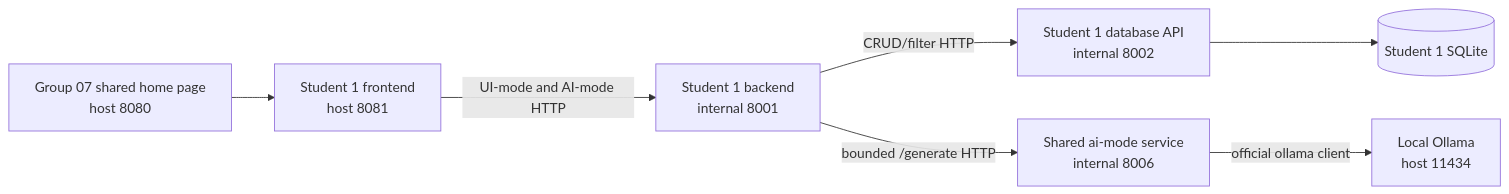
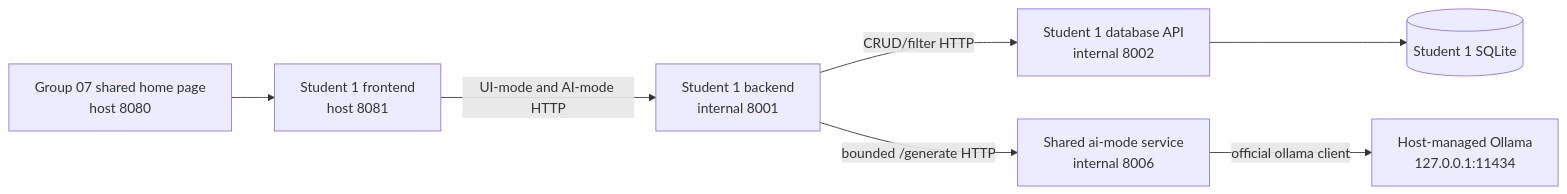
One commit to JulianKirk/TripGenie changed the diagram in docs/architecture/student-1-release-0-architecture.md. Above: the diagram before and after it, drawn with Mermaid. The commit also changed other lines of this file and 8 other files, not shown here.

Commit message:
docs: align ai-mode with host ollama runtime

````diff
--- a/docs/architecture/student-1-release-0-architecture.md
+++ b/docs/architecture/student-1-release-0-architecture.md
@@ -31,9 +31,9 @@
 ```mermaid
 flowchart LR
     Shared["Group 07 shared home page\nhost 8080"] --> Front["Student 1 frontend\nhost 8081"]
     Front -->|UI-mode and AI-mode HTTP| Back["Student 1 backend\ninternal 8001"]
     Back -->|CRUD/filter HTTP| Db["Student 1 database API\ninternal 8002"]
     Db --> Sqlite[("Student 1 SQLite")]
     Back -->|bounded /generate HTTP| AiMode["Shared ai-mode service\ninternal 8006"]
-    AiMode -->|official ollama client| Ollama["Local Ollama\nhost 11434"]
+    AiMode -->|official ollama client| Ollama["Host-managed Ollama\n127.0.0.1:11434"]
 ```
````
